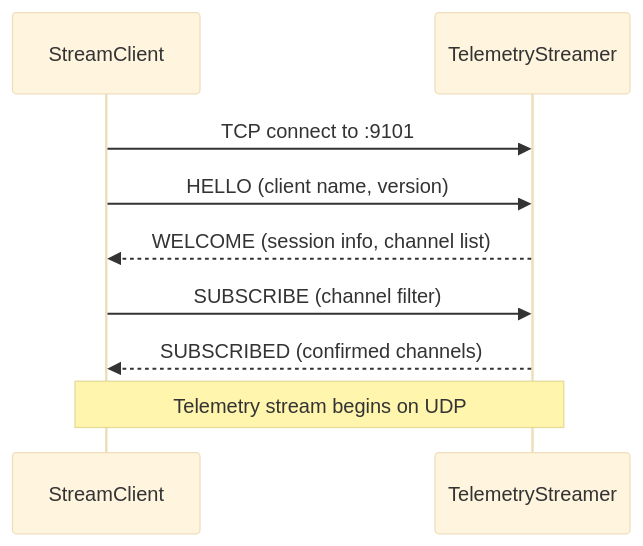
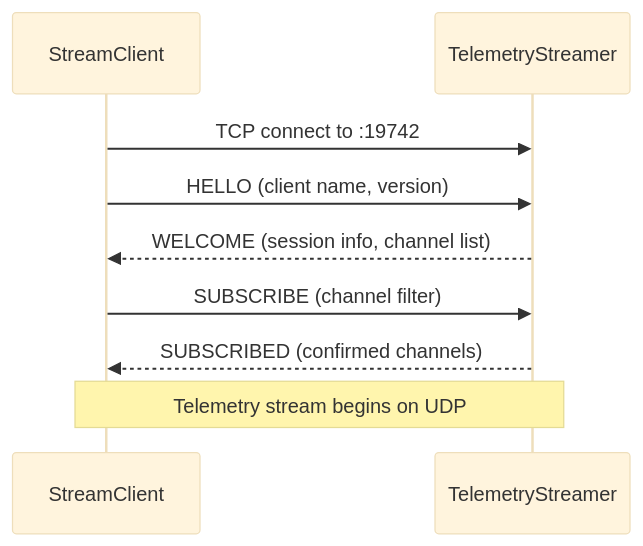
One commit to SeamusMullan/TeleMU changed the second of 4 diagrams in docs/docs/streaming/protocol.md. Above: the diagram before and after it, drawn with Mermaid (base theme). The commit also changed other lines of this file and 5 other files, not shown here.

````diff
--- a/docs/docs/streaming/protocol.md
+++ b/docs/docs/streaming/protocol.md
@@ -53,12 +53,12 @@
 ```mermaid
 sequenceDiagram
     participant Engineer as StreamClient
     participant Driver as TelemetryStreamer
 
-    Engineer->>Driver: TCP connect to :9101
+    Engineer->>Driver: TCP connect to :19742
     Engineer->>Driver: HELLO (client name, version)
     Driver-->>Engineer: WELCOME (session info, channel list)
     Engineer->>Driver: SUBSCRIBE (channel filter)
     Driver-->>Engineer: SUBSCRIBED (confirmed channels)
     Note over Engineer,Driver: Telemetry stream begins on UDP
 ```
````
